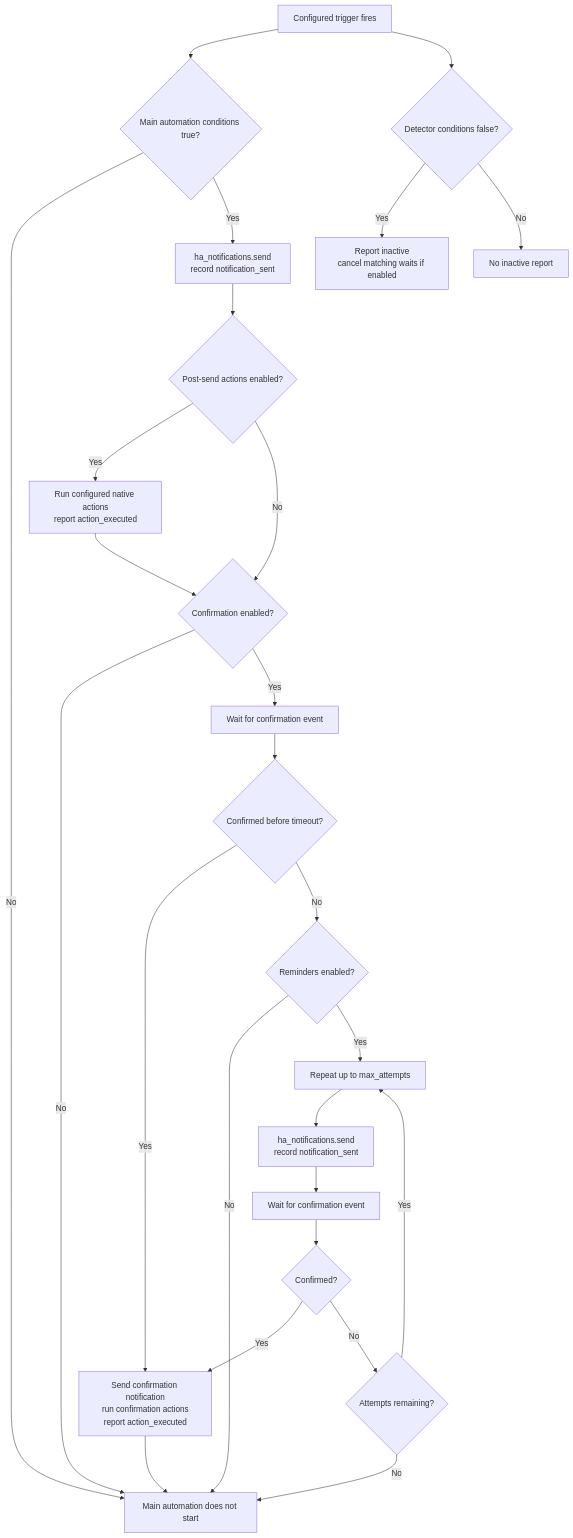
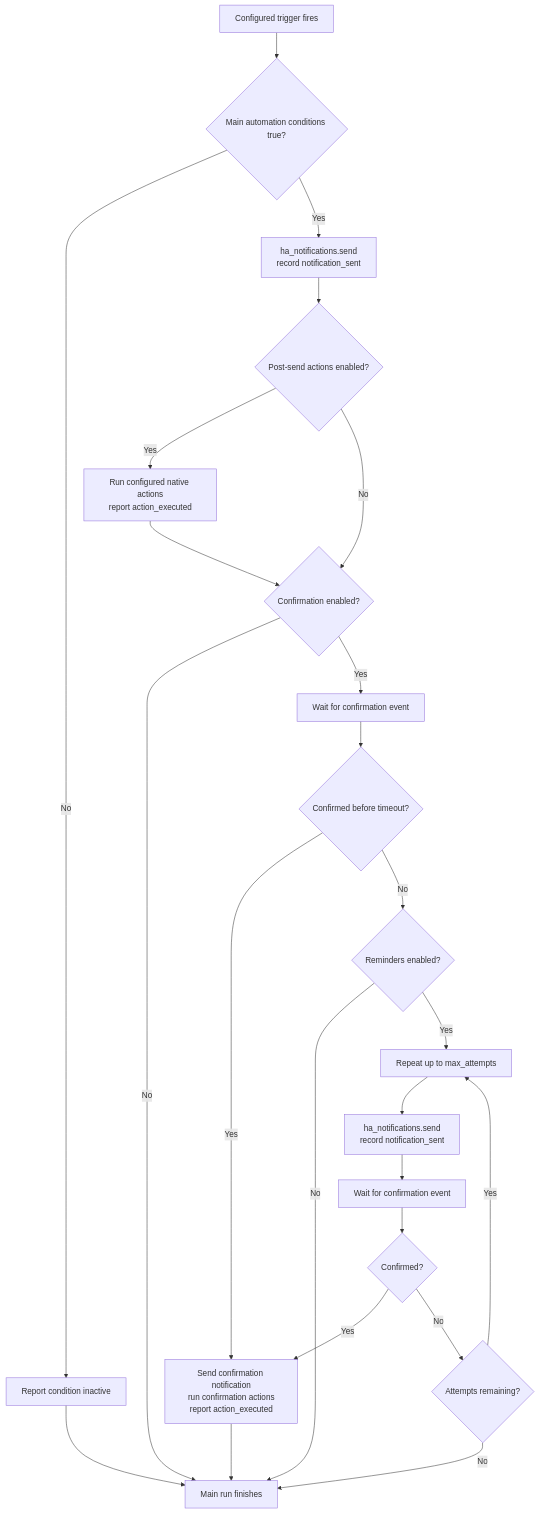
One commit to FredrikM97/ha-notifications changed the diagram in docs/automation-flow.md. Above: the diagram before and after it, drawn with Mermaid. The commit also changed other lines of this file and 47 other files, not shown here.

````diff
--- a/docs/automation-flow.md
+++ b/docs/automation-flow.md
@@ -85,28 +80,26 @@
 ```mermaid
 flowchart TD
     A[Configured trigger fires] --> B{Main automation conditions true?}
-    B -- No --> Z[Main automation does not start]
+    B -- No --> R[Report condition inactive]
     B -- Yes --> C[ha_notifications.send<br/>record notification_sent]
-    A --> X{Detector conditions false?}
-    X -- Yes --> R[Report inactive<br/>cancel matching waits if enabled]
-    X -- No --> Y[No inactive report]
+    R --> Z[Main run finishes]
     C --> D{Post-send actions enabled?}
     D -- Yes --> E[Run configured native actions<br/>report action_executed]
     D -- No --> F{Confirmation enabled?}
     E --> F
     F -- No --> Z
     F -- Yes --> G[Wait for confirmation event]
     G --> H{Confirmed before timeout?}
     H -- Yes --> I[Send confirmation notification<br/>run confirmation actions<br/>report action_executed]
     I --> Z
     H -- No --> J{Reminders enabled?}
     J -- No --> Z
     J -- Yes --> K[Repeat up to max_attempts]
     K --> L[ha_notifications.send<br/>record notification_sent]
     L --> M[Wait for confirmation event]
     M --> N{Confirmed?}
     N -- Yes --> I
     N -- No --> O{Attempts remaining?}
     O -- Yes --> K
     O -- No --> Z
 ```
````
